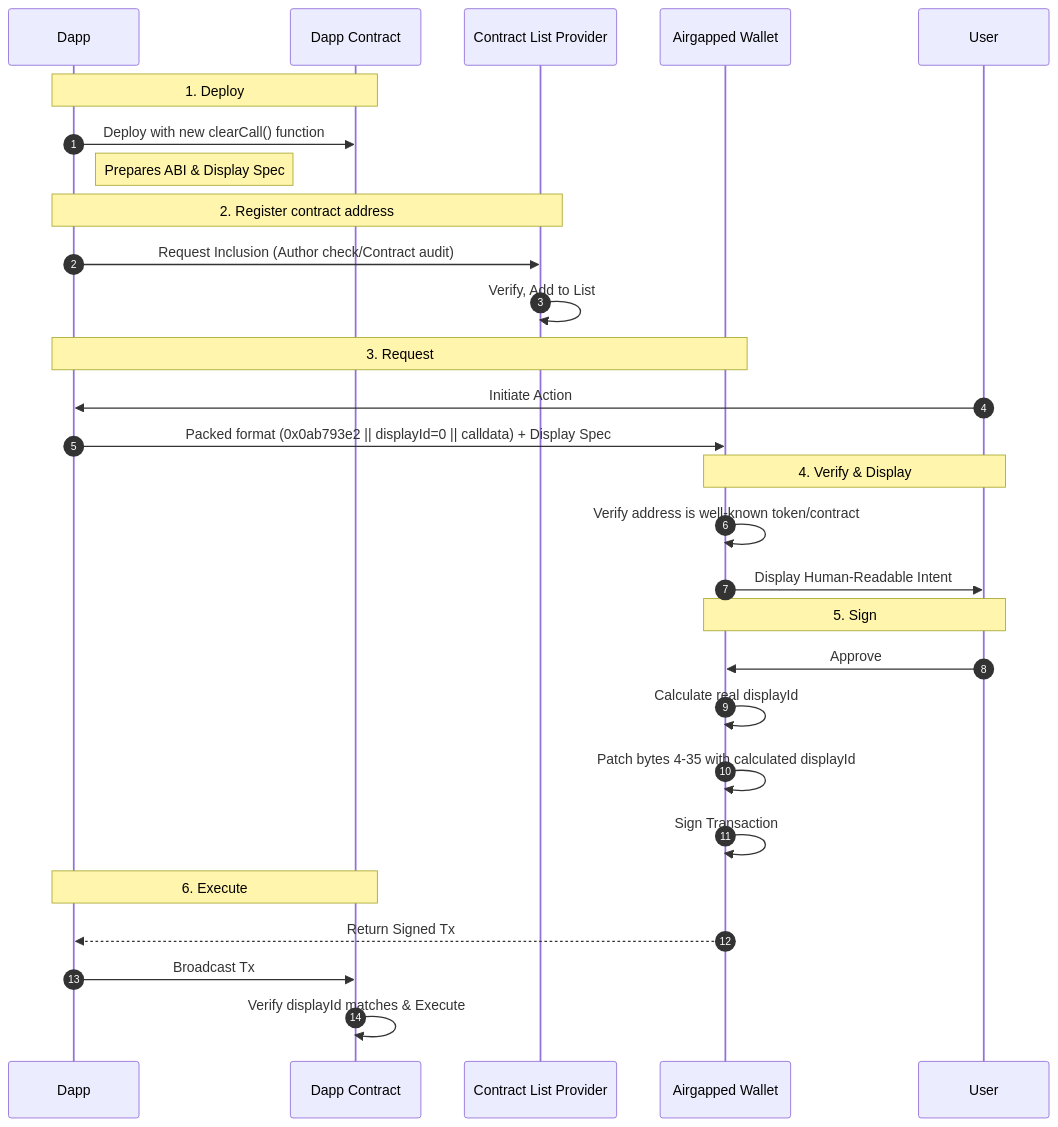
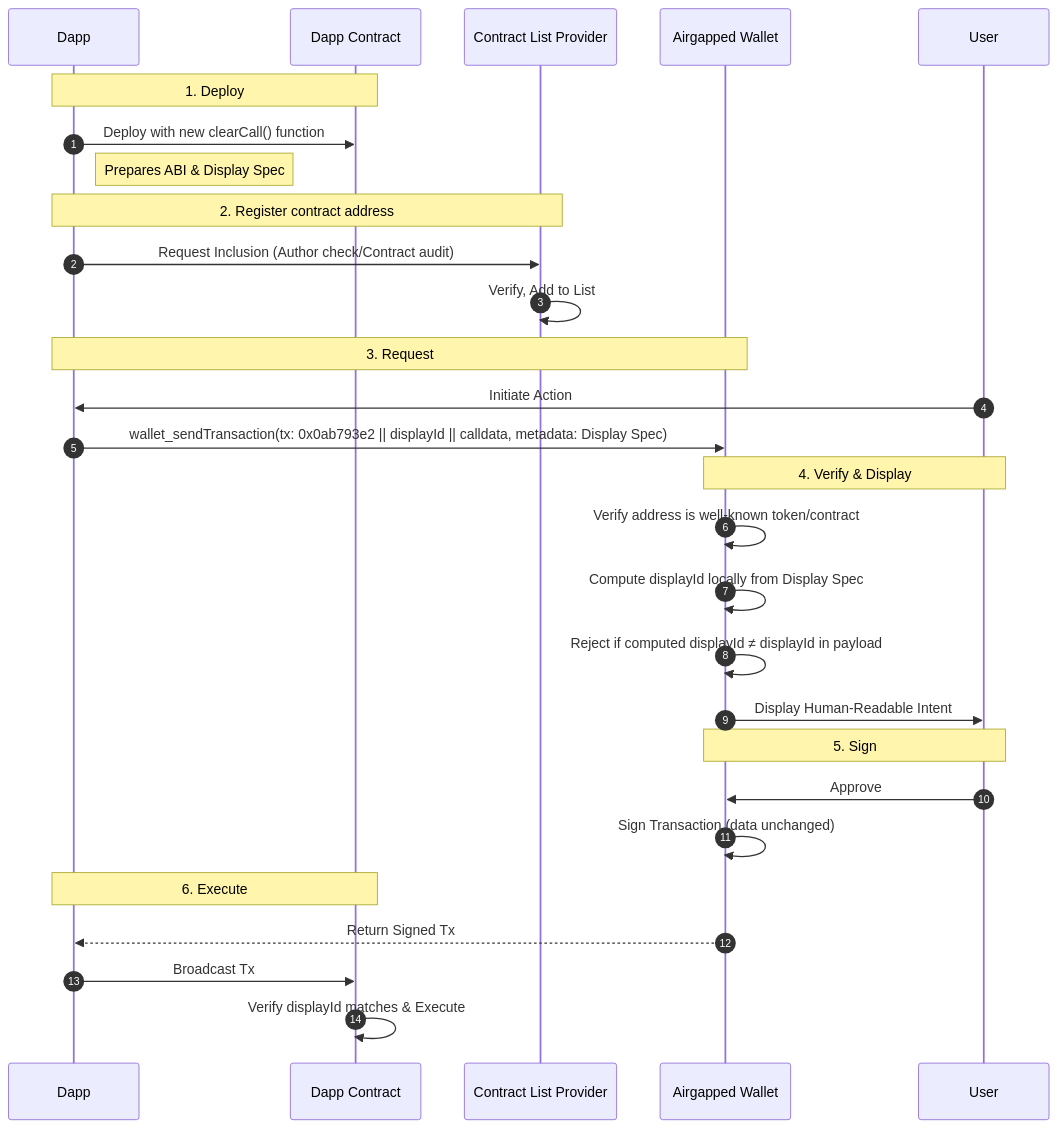
Before and after one commit to Kalapaja/clear-signing: the diagram in docs/architecture.md, drawn with Mermaid. The commit also changed other lines of this file and 15 other files, not shown here.

Commit message:
Use `args` instead of `data` for variable references and update related schemas, contracts, and test cases.

````diff
--- a/docs/architecture.md
+++ b/docs/architecture.md
@@ -716,36 +716,36 @@
 ```mermaid
 sequenceDiagram
     autonumber
     participant Dapp
     participant Contract as Dapp Contract
     participant List as Contract List Provider
     participant Wallet as Airgapped Wallet
     participant User as User
 
     Note over Dapp, Contract: 1. Deploy
     Dapp->>Contract: Deploy with new clearCall() function
     Note right of Dapp: Prepares ABI & Display Spec
     
     Note over Dapp, List: 2. Register contract address
     Dapp->>List: Request Inclusion (Author check/Contract audit)
     List->>List: Verify, Add to List
     
     Note over Dapp, Wallet: 3. Request
     User->>Dapp: Initiate Action
-    Dapp->>Wallet: Packed format (0x0ab793e2 || displayId=0 || calldata) + Display Spec
+    Dapp->>Wallet: wallet_sendTransaction(tx: 0x0ab793e2 || displayId || calldata, metadata: Display Spec)
 
     Note over Wallet, User: 4. Verify & Display
     Wallet->>Wallet: Verify address is well-known token/contract
+    Wallet->>Wallet: Compute displayId locally from Display Spec
+    Wallet->>Wallet: Reject if computed displayId ≠ displayId in payload
     Wallet->>User: Display Human-Readable Intent
-    
+
     Note over Wallet, User: 5. Sign
     User->>Wallet: Approve
-    Wallet->>Wallet: Calculate real displayId
-    Wallet->>Wallet: Patch bytes 4-35 with calculated displayId
-    Wallet->>Wallet: Sign Transaction
+    Wallet->>Wallet: Sign Transaction (data unchanged)
 
     Note over Dapp, Contract: 6. Execute
     Wallet-->>Dapp: Return Signed Tx
     Dapp->>Contract: Broadcast Tx
     Contract->>Contract: Verify displayId matches & Execute
 ```
````
